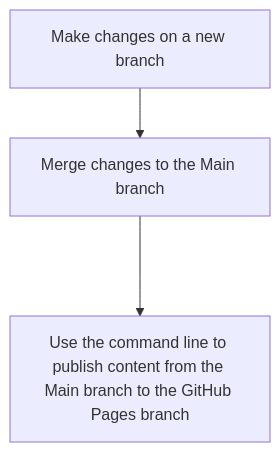
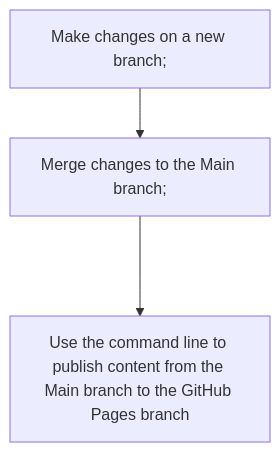
One commit to OpenGeoMetadata/opengeometadata.github.io changed the diagram in README.md. Above: the diagram before and after it, drawn with Mermaid. The commit also changed other lines of this file, not shown here.

````diff
--- a/README.md
+++ b/README.md
@@ -60,5 +60,5 @@
 ```mermaid
 flowchart TD
-    A["Make changes on a new branch"]-->B["Merge changes to the Main branch"];
-    B[Merge changes to the Main branch]--->C[Use the command line to publish content from the Main branch to the GitHub Pages branch]
+    A["Make changes on a new branch;"]-->B["Merge changes to the Main branch;"];
+    B["Merge changes to the Main branch;"]--->C[Use the command line to publish content from the Main branch to the GitHub Pages branch]
 ```
````
